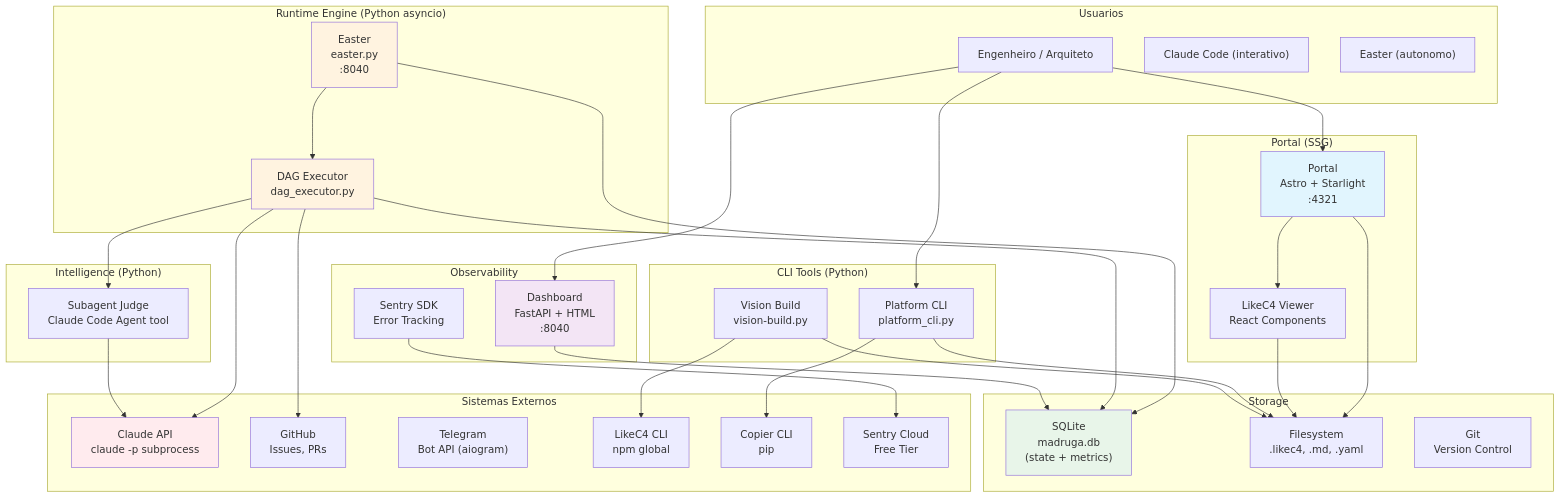
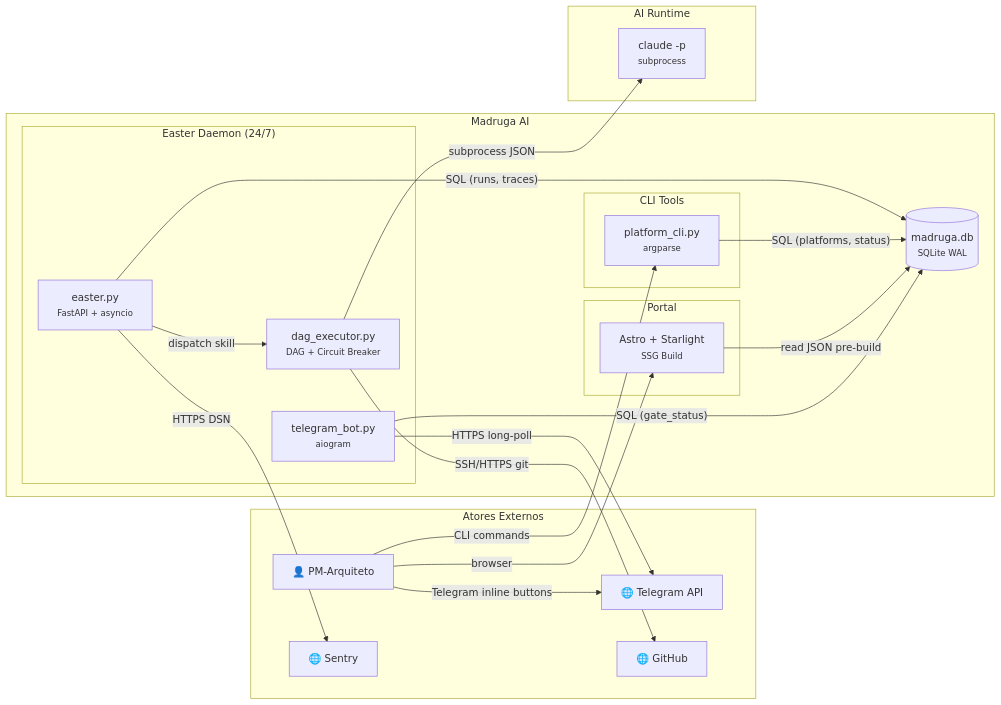
One commit to paceautomations/madruga.ai changed the diagram in platforms/madruga-ai/engineering/containers.md. Above: the diagram before and after it, drawn with Mermaid. The commit also changed other lines of this file and 145 other files, not shown here.

First line of the commit message:
feat: epic 022 — LikeC4 → Mermaid migration

````diff
--- a/platforms/madruga-ai/engineering/containers.md
+++ b/platforms/madruga-ai/engineering/containers.md
@@ -11,80 +13,45 @@
 ```mermaid
-graph TB
-    subgraph users["Usuarios"]
-        dev["Engenheiro / Arquiteto"]
-        claude["Claude Code (interativo)"]
-        easter_user["Easter (autonomo)"]
+graph LR
+    subgraph ext["Atores Externos"]
+        Arch["👤 PM-Arquiteto"]
+        TG["🌐 Telegram API"]
+        Sentry["🌐 Sentry"]
+        GH["🌐 GitHub"]
     end
 
-    subgraph portal_group["Portal (SSG)"]
-        portal["Portal<br/>Astro + Starlight<br/>:4321"]
-        likec4_viewer["LikeC4 Viewer<br/>React Components"]
+    subgraph madruga["Madruga AI"]
+        subgraph daemon["Easter Daemon (24/7)"]
+            Easter["easter.py<br/><small>FastAPI + asyncio</small>"]
+            DAG["dag_executor.py<br/><small>DAG + Circuit Breaker</small>"]
+            TBot["telegram_bot.py<br/><small>aiogram</small>"]
+        end
+
+        subgraph cli["CLI Tools"]
+            CLI["platform_cli.py<br/><small>argparse</small>"]
+        end
+
+        subgraph portal["Portal"]
+            Astro["Astro + Starlight<br/><small>SSG Build</small>"]
+        end
+
+        DB[("madruga.db<br/><small>SQLite WAL</small>")]
     end
 
-    subgraph cli_tools["CLI Tools (Python)"]
-        platform_cli["Platform CLI<br/>platform_cli.py"]
-        vision_build["Vision Build<br/>vision-build.py"]
+    subgraph ai["AI Runtime"]
+        Claude["claude -p<br/><small>subprocess</small>"]
     end
 
-    subgraph runtime["Runtime Engine (Python asyncio)"]
-        easter["Easter<br/>easter.py<br/>:8040"]
-        dag_executor["DAG Executor<br/>dag_executor.py"]
-    end
+    Arch -->|"CLI commands"| CLI
+    Arch -->|"browser"| Astro
+    Arch -->|"Telegram inline buttons"| TG
 
-    subgraph intelligence["Intelligence (Python)"]
-        judge["Subagent Judge<br/>Claude Code Agent tool"]
-    end
-
-    subgraph observability["Observability"]
-        dashboard["Dashboard<br/>FastAPI + HTML<br/>:8040"]
-        sentry_sdk["Sentry SDK<br/>Error Tracking"]
-    end
-
-    subgraph storage["Storage"]
-        sqlite["SQLite<br/>madruga.db<br/>(state + metrics)"]
-        filesystem["Filesystem<br/>.likec4, .md, .yaml"]
-        git["Git<br/>Version Control"]
-    end
-
-    subgraph external["Sistemas Externos"]
-        claude_api["Claude API<br/>claude -p subprocess"]
-        github["GitHub<br/>Issues, PRs"]
-        telegram["Telegram<br/>Bot API (aiogram)"]
-        likec4_cli["LikeC4 CLI<br/>npm global"]
-        copier_cli["Copier CLI<br/>pip"]
-        sentry_cloud["Sentry Cloud<br/>Free Tier"]
-    end
-
-    dev --> portal
-    dev --> platform_cli
-    dev --> dashboard
-
-    portal --> filesystem
-    portal --> likec4_viewer
-    likec4_viewer --> filesystem
-
-    platform_cli --> copier_cli
-    platform_cli --> filesystem
-    vision_build --> likec4_cli
-    vision_build --> filesystem
-
-    easter --> dag_executor
-    dag_executor --> claude_api
-    dag_executor --> judge
-
-    judge --> claude_api
-
-    easter --> sqlite
-    dag_executor --> sqlite
-    dashboard --> sqlite
-    sentry_sdk --> sentry_cloud
-
-    dag_executor --> github
-
-    style portal fill:#E1F5FE
-    style easter fill:#FFF3E0
-    style dashboard fill:#F3E5F5
-    style sqlite fill:#E8F5E9
-    style claude_api fill:#FFEBEE
-    style dag_executor fill:#FFF3E0
+    Easter -->|"dispatch skill"| DAG
+    DAG -->|"subprocess JSON"| Claude
+    Easter -->|"SQL (runs, traces)"| DB
+    CLI -->|"SQL (platforms, status)"| DB
+    Astro -->|"read JSON pre-build"| DB
+    TBot -->|"HTTPS long-poll"| TG
+    TBot -->|"SQL (gate_status)"| DB
+    Easter -->|"HTTPS DSN"| Sentry
+    DAG -->|"SSH/HTTPS git"| GH
 ```
````
